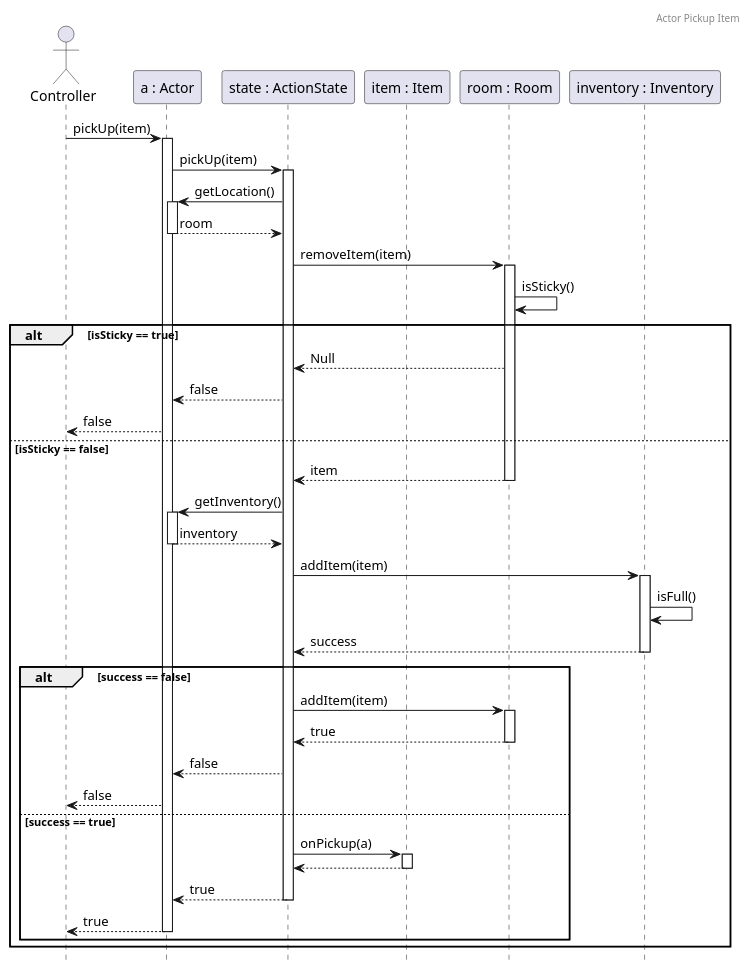
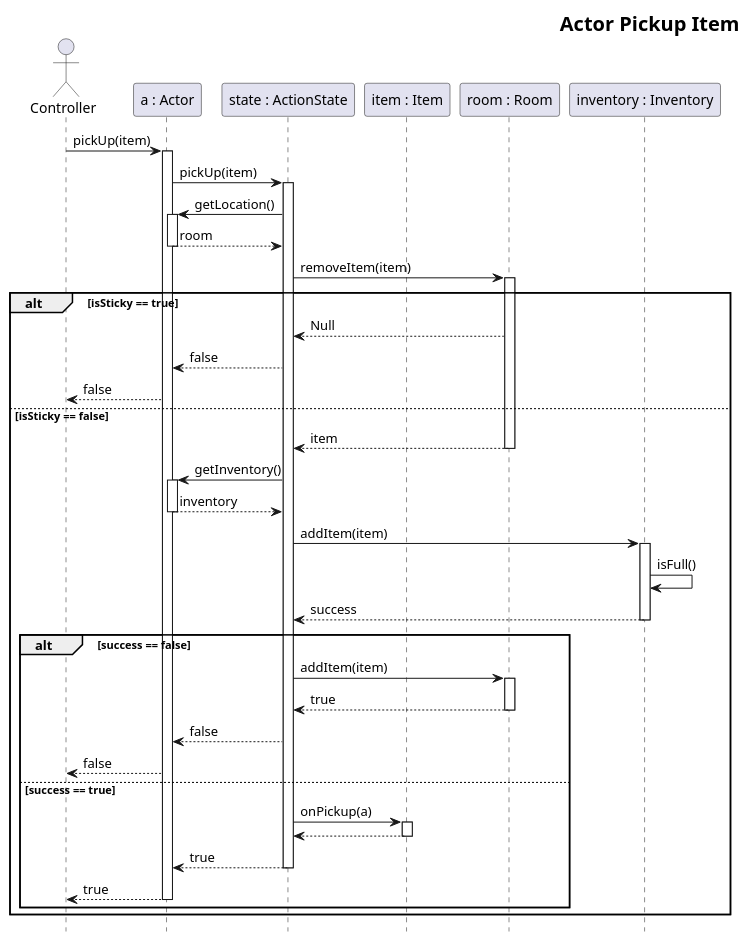
One commit to Kristof-me/Logarlec changed the diagram in docs/sequence/actor/ActorPickupItem.puml. Above: the diagram before and after it, drawn with PlantUML. The commit also changed 9 other files, not shown here.

```diff
--- a/docs/sequence/actor/ActorPickupItem.puml
+++ b/docs/sequence/actor/ActorPickupItem.puml
@@ -1,49 +1,51 @@
 @startuml ActorPickupItem
+skinparam headerFontSize 20
+skinparam HeaderFontColor #000000
+skinparam HeaderFontStyle bold
 header Actor Pickup Item
 
 hide footbox
 
 actor A as "Controller"
 participant B as "a : Actor"
 participant C as "state : ActionState"
 participant D as "item : Item"
 participant E as "room : Room"
 participant I as "inventory : Inventory"
 
 A -> B ++: pickUp(item)
 B -> C ++: pickUp(item)
 C -> B ++: getLocation()
 return room
 C -> E ++: removeItem(item)
-E -> E : isSticky()
 alt isSticky == true
     E --> C : Null 
     C --> B : false
     B --> A : false
 else isSticky == false
     return item
     C -> B ++ : getInventory()
     return inventory
     C -> I ++: addItem(item)
     I -> I : isFull()
     return success
 
     alt success == false
         C -> E ++: addItem(item)
         return true
         C --> B : false
         B --> A : false
     else success == true
         C -> D ++: onPickup(a)
         return
         return true
         return true
     end
 end
 
 /'
 Lehet ez így iszonyat komplikált, de így működik
 ¯\_(ツ)_/¯
 '/
 
 @enduml
```
